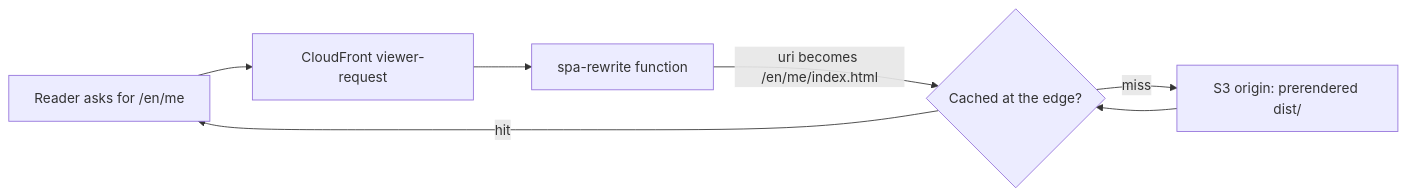
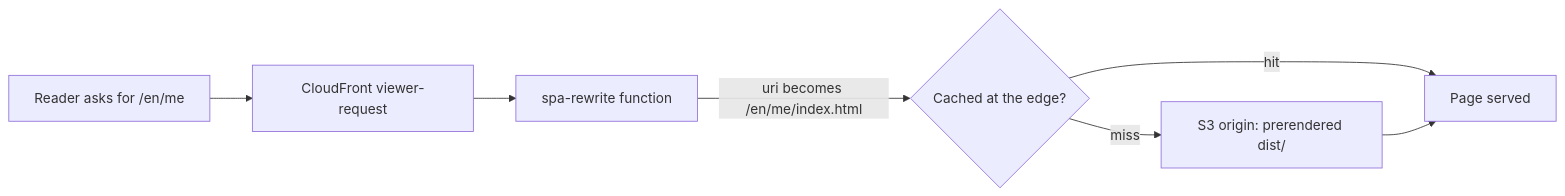
Before and after one commit to tedeuxx/tadeumendonca-io: the second of 4 diagrams in apps/fed/src/content/architecture.en.md, drawn with Mermaid. The commit also changed other lines of this file and 3 other files, not shown here.

````diff
--- a/apps/fed/src/content/architecture.en.md
+++ b/apps/fed/src/content/architecture.en.md
@@ -40,11 +40,11 @@
 ```mermaid
 flowchart LR
   accTitle: How a request becomes a page
-  accDescr: A reader requests a slash-less URL. CloudFront runs the spa-rewrite function on viewer-request, which appends index.html. A cache hit answers from the edge; a miss fetches the prerendered object from the S3 origin.
+  accDescr: A reader requests a slash-less URL. CloudFront runs the spa-rewrite function on viewer-request, which appends index.html. From there the path runs one way and rejoins at the end — a cache hit goes straight to the served page; a miss fetches the prerendered object from the S3 origin, and the origin leads to the same served page. The reader appears once, at the start, and the served page once, at the end.
   R["Reader asks for /en/me"] --> V["CloudFront viewer-request"]
   V --> F["spa-rewrite function"]
   F -- "uri becomes /en/me/index.html" --> C{"Cached at the edge?"}
-  C -- "hit" --> R
+  C -- "hit" --> P["Page served"]
   C -- "miss" --> S["S3 origin: prerendered dist/"]
-  S --> C
+  S --> P
 ```
````
